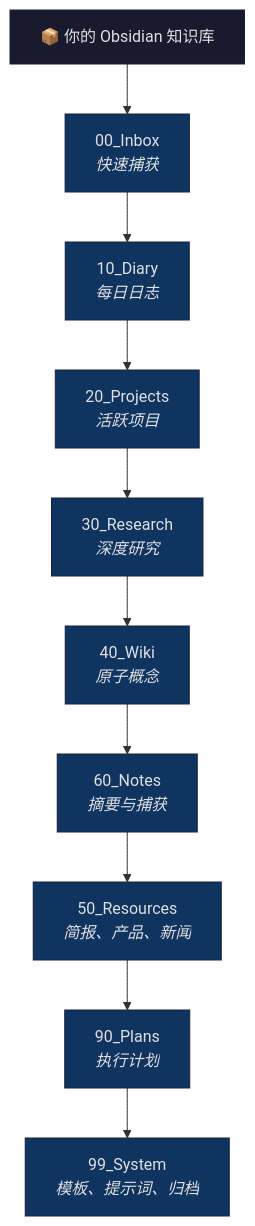
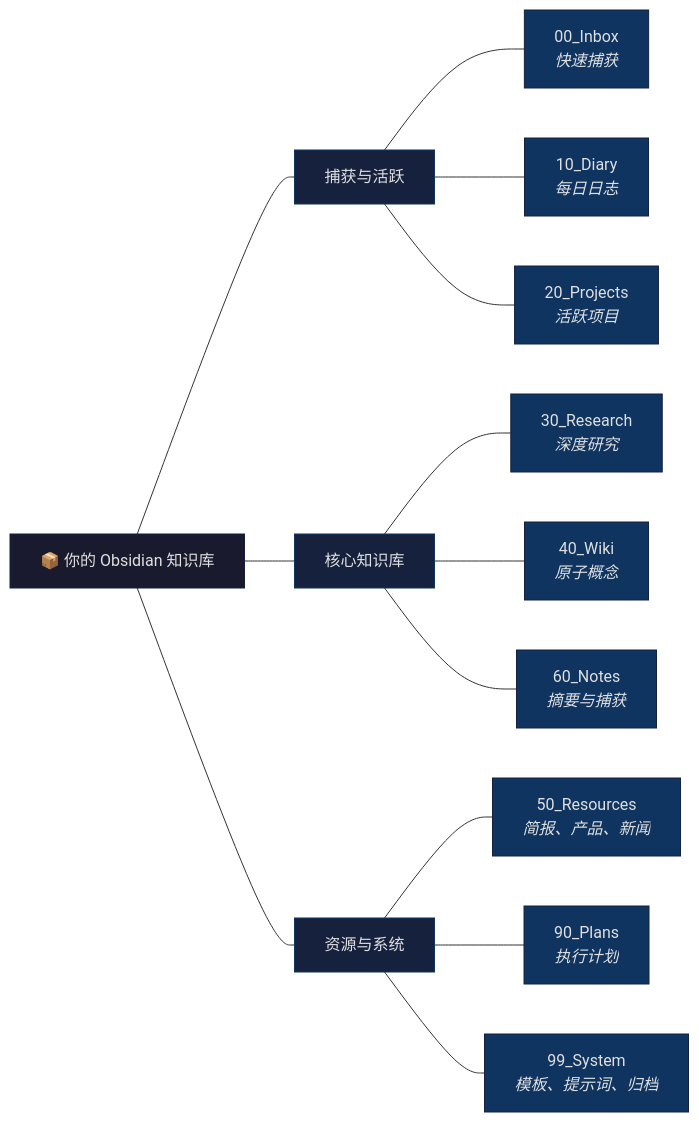
Before and after one commit to dull-bird/DeepOrbit: the second of 8 diagrams in README_CN.md, drawn with Mermaid. The commit also changed 1 other file, not shown here.

````diff
--- a/README_CN.md
+++ b/README_CN.md
@@ -80,24 +80,34 @@
 ```mermaid
-flowchart TD
+flowchart LR
     V["📦 你的 Obsidian 知识库"]
-    V --> A["00_Inbox<br/><i>快速捕获</i>"]
-    A --> B["10_Diary<br/><i>每日日志</i>"]
-    B --> C["20_Projects<br/><i>活跃项目</i>"]
-    C --> D["30_Research<br/><i>深度研究</i>"]
-    D --> E["40_Wiki<br/><i>原子概念</i>"]
-    E --> G["60_Notes<br/><i>摘要与捕获</i>"]
-    G --> F["50_Resources<br/><i>简报、产品、新闻</i>"]
-    F --> H["90_Plans<br/><i>执行计划</i>"]
-    H --> I["99_System<br/><i>模板、提示词、归档</i>"]
+    
+    V --- G1["捕获与活跃"]
+    V --- G2["核心知识库"]
+    V --- G3["资源与系统"]
+
+    G1 --- A["00_Inbox<br/><i>快速捕获</i>"]
+    G1 --- B["10_Diary<br/><i>每日日志</i>"]
+    G1 --- C["20_Projects<br/><i>活跃项目</i>"]
+    
+    G2 --- D["30_Research<br/><i>深度研究</i>"]
+    G2 --- E["40_Wiki<br/><i>原子概念</i>"]
+    G2 --- G["60_Notes<br/><i>摘要与捕获</i>"]
+    
+    G3 --- F["50_Resources<br/><i>简报、产品、新闻</i>"]
+    G3 --- H["90_Plans<br/><i>执行计划</i>"]
+    G3 --- I["99_System<br/><i>模板、提示词、归档</i>"]
 
     style V fill:#1a1a2e,stroke:#16213e,color:#e0e0e0
+    style G1 fill:#16213e,stroke:#0f3460,color:#e0e0e0
+    style G2 fill:#16213e,stroke:#0f3460,color:#e0e0e0
+    style G3 fill:#16213e,stroke:#0f3460,color:#e0e0e0
     style A fill:#0f3460,stroke:#16213e,color:#e0e0e0
     style B fill:#0f3460,stroke:#16213e,color:#e0e0e0
     style C fill:#0f3460,stroke:#16213e,color:#e0e0e0
     style D fill:#0f3460,stroke:#16213e,color:#e0e0e0
     style E fill:#0f3460,stroke:#16213e,color:#e0e0e0
     style F fill:#0f3460,stroke:#16213e,color:#e0e0e0
     style G fill:#0f3460,stroke:#16213e,color:#e0e0e0
     style H fill:#0f3460,stroke:#16213e,color:#e0e0e0
     style I fill:#0f3460,stroke:#16213e,color:#e0e0e0
 ```
````
